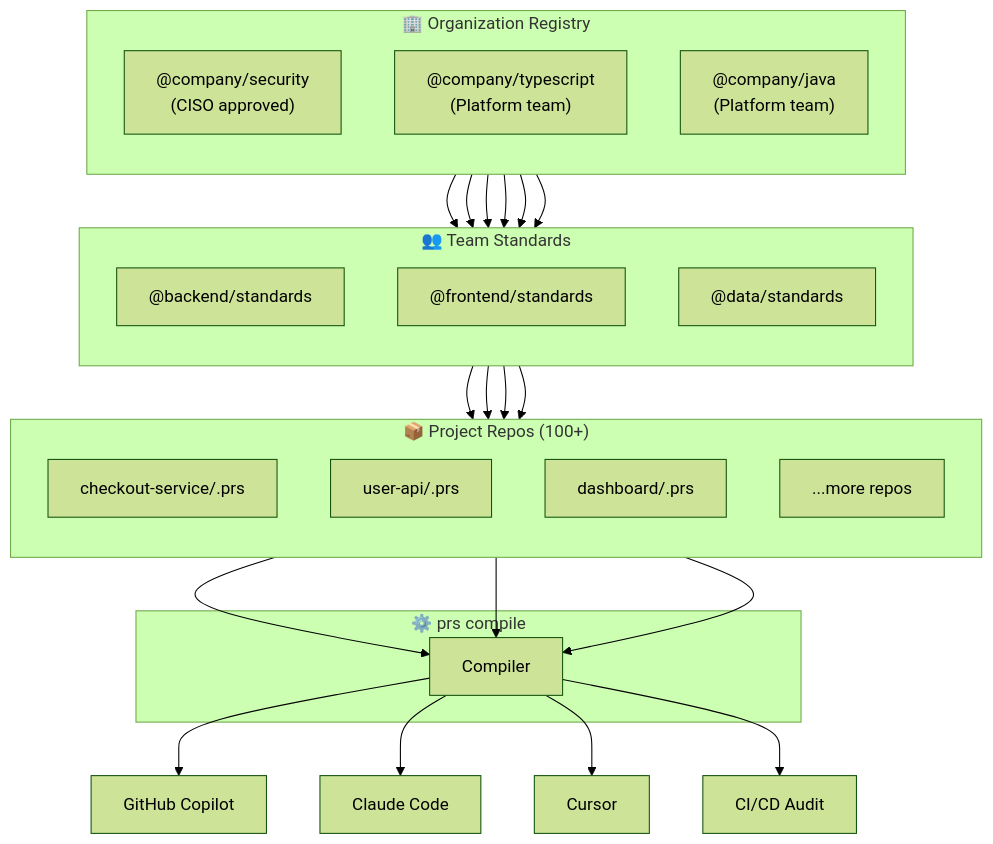
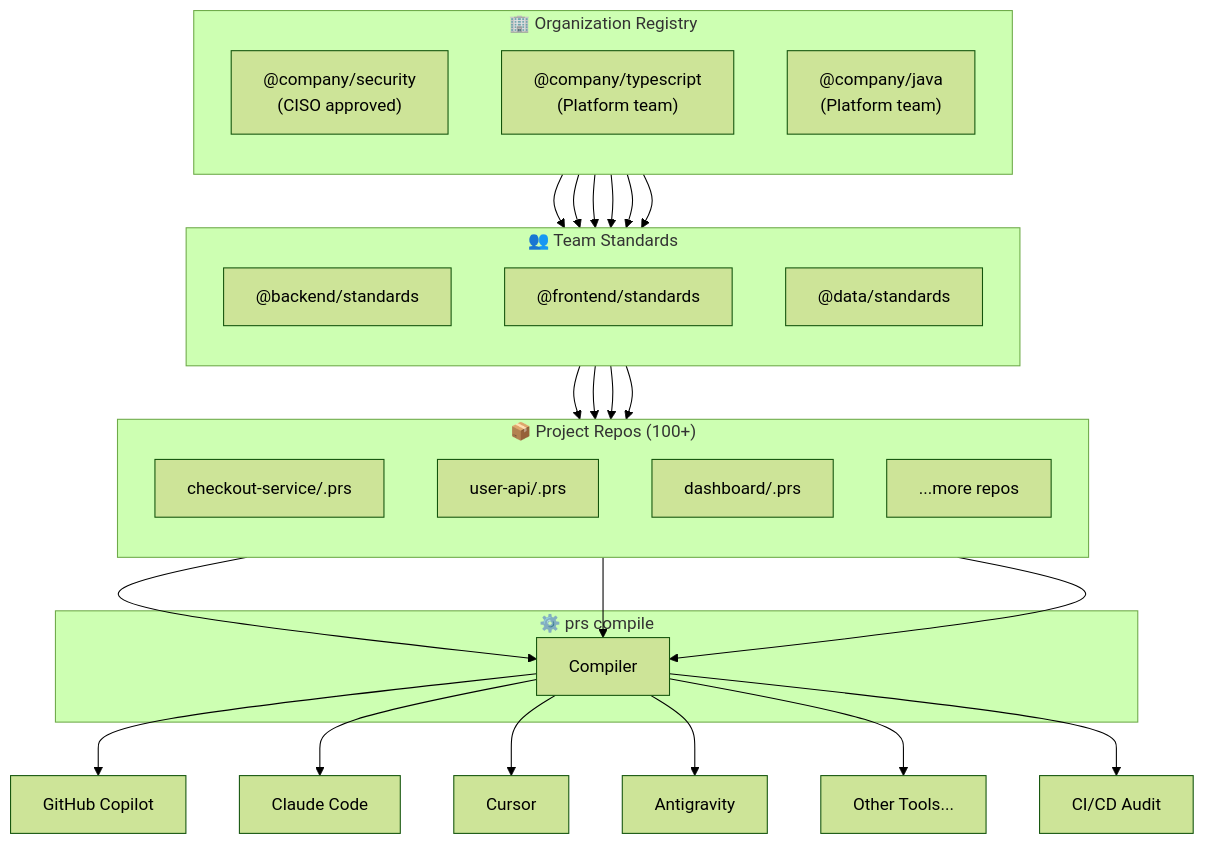
Before and after one commit to mrwogu/promptscript: the diagram in docs/index.md, drawn with Mermaid (forest theme). The commit also changed other lines of this file and 39 other files, not shown here.

````diff
--- a/docs/index.md
+++ b/docs/index.md
@@ -72,43 +424,45 @@
 ```mermaid
 flowchart TB
     subgraph org["🏢 Organization Registry"]
         direction TB
         OrgSec["@company/security<br/>(CISO approved)"]
         OrgTS["@company/typescript<br/>(Platform team)"]
         OrgJava["@company/java<br/>(Platform team)"]
     end
 
     subgraph teams["👥 Team Standards"]
         direction TB
         Backend["@backend/standards"]
         Frontend["@frontend/standards"]
         Data["@data/standards"]
     end
 
     subgraph projects["📦 Project Repos (100+)"]
         direction TB
         P1["checkout-service/.prs"]
         P2["user-api/.prs"]
         P3["dashboard/.prs"]
         Pn["...more repos"]
     end
 
     OrgSec --> Backend & Frontend & Data
     OrgTS --> Backend & Frontend
     OrgJava --> Data
 
     Backend --> P1 & P2
     Frontend --> P3
     Data --> Pn
 
     subgraph compile["⚙️ prs compile"]
         Compiler
     end
 
     P1 & P2 & P3 --> Compiler
 
     Compiler --> Copilot["GitHub Copilot"]
     Compiler --> Claude["Claude Code"]
     Compiler --> Cursor["Cursor"]
+    Compiler --> Antigravity["Antigravity"]
+    Compiler --> Other["Other Tools..."]
     Compiler --> CI["CI/CD Audit"]
 ```
````
